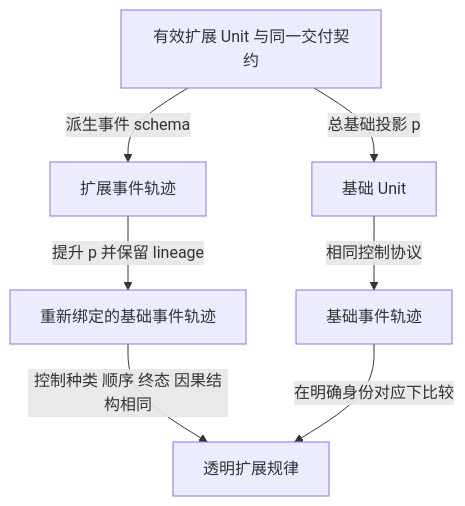
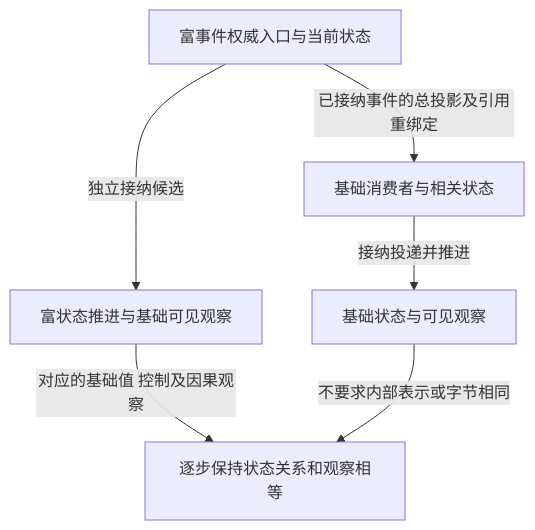
One commit to mouriya-s-lab/OpenAlice changed the fifth of 5 diagrams in docs/uta-capability-runtime-design.md. Above: the diagram before and after it, drawn with Mermaid. The commit also changed other lines of this file and 5 other files, not shown here.

````diff
--- a/docs/uta-capability-runtime-design.md
+++ b/docs/uta-capability-runtime-design.md
@@ -1075,9 +1128,8 @@
 ```mermaid
 flowchart TB
-  RichValue[有效扩展 Unit 与同一交付契约] -->|派生事件 schema| RichTrace[扩展事件轨迹]
-  RichValue -->|总基础投影 p| BaseValue[基础 Unit]
-  RichTrace -->|提升 p 并保留 lineage| DerivedTrace[重新绑定的基础事件轨迹]
-  BaseValue -->|相同控制协议| BaseTrace[基础事件轨迹]
-  DerivedTrace -->|控制种类 顺序 终态 因果结构相同| Law[透明扩展规律]
-  BaseTrace -->|在明确身份对应下比较| Law
+  RichIngress[富事件权威入口与当前状态] -->|独立接纳候选| RichStep[富状态推进与基础可见观察]
+  RichIngress -->|已接纳事件的总投影及引用重绑定| BaseIngress[基础消费者与相关状态]
+  BaseIngress -->|接纳投递并推进| BaseStep[基础状态与可见观察]
+  RichStep -->|对应的基础值 控制及因果观察| Law[逐步保持状态关系和观察相等]
+  BaseStep -->|不要求内部表示或字节相同| Law
 ```
````
